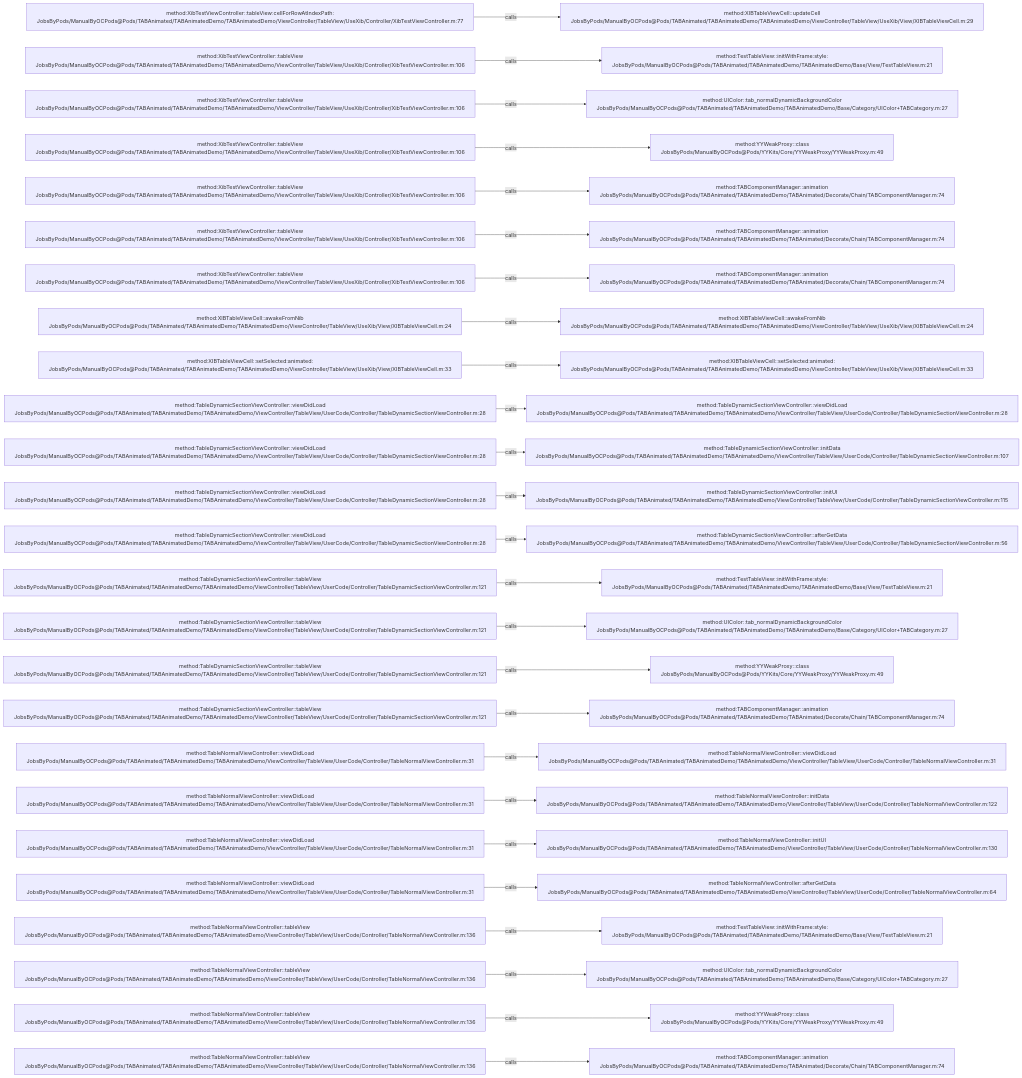
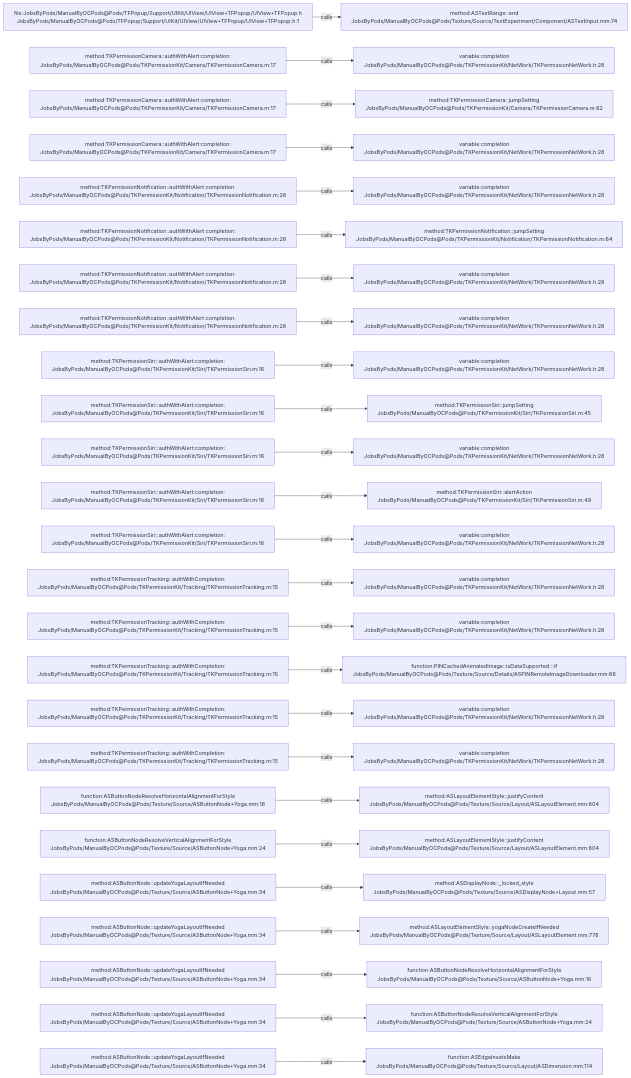
The diagram in .codegraph/codegraph.md/graphs/calls-072.md (JobsKits/JobsOCBaseConfigDemo), drawn with Mermaid before and after one commit. The commit also changed 1223 other files, not shown here.

````diff
--- a/.codegraph/codegraph.md/graphs/calls-072.md
+++ b/.codegraph/codegraph.md/graphs/calls-072.md
@@ -13,78 +13,78 @@
 ```mermaid
 flowchart LR
-  S1["method:XibTestViewController::tableView:cellForRowAtIndexPath:<br/>JobsByPods/ManualByOCPods@Pods/TABAnimated/TABAnimatedDemo/TABAnimatedDemo/ViewController/TableView/UseXib/Controller/XibTestViewController.m:77"]
-  T1["method:XIBTableViewCell::updateCell<br/>JobsByPods/ManualByOCPods@Pods/TABAnimated/TABAnimatedDemo/TABAnimatedDemo/ViewController/TableView/UseXib/View/XIBTableViewCell.m:29"]
+  S1["file:JobsByPods/ManualByOCPods@Pods/TFPopup/Support/UIKit/UIView/UIView+TFPopup/UIView+TFPopup.h<br/>JobsByPods/ManualByOCPods@Pods/TFPopup/Support/UIKit/UIView/UIView+TFPopup/UIView+TFPopup.h:1"]
+  T1["method:ASTextRange::end<br/>JobsByPods/ManualByOCPods@Pods/Texture/Source/TextExperiment/Component/ASTextInput.mm:74"]
   S1 -->|calls| T1
-  S2["method:XibTestViewController::tableView<br/>JobsByPods/ManualByOCPods@Pods/TABAnimated/TABAnimatedDemo/TABAnimatedDemo/ViewController/TableView/UseXib/Controller/XibTestViewController.m:106"]
-  T2["method:TestTableView::initWithFrame:style:<br/>JobsByPods/ManualByOCPods@Pods/TABAnimated/TABAnimatedDemo/TABAnimatedDemo/Base/View/TestTableView.m:21"]
+  S2["method:TKPermissionCamera::authWithAlert:completion:<br/>JobsByPods/ManualByOCPods@Pods/TKPermissionKit/Camera/TKPermissionCamera.m:17"]
+  T2["variable:completion<br/>JobsByPods/ManualByOCPods@Pods/TKPermissionKit/NetWork/TKPermissionNetWork.h:28"]
   S2 -->|calls| T2
-  S3["method:XibTestViewController::tableView<br/>JobsByPods/ManualByOCPods@Pods/TABAnimated/TABAnimatedDemo/TABAnimatedDemo/ViewController/TableView/UseXib/Controller/XibTestViewController.m:106"]
-  T3["method:UIColor::tab_normalDynamicBackgroundColor<br/>JobsByPods/ManualByOCPods@Pods/TABAnimated/TABAnimatedDemo/TABAnimatedDemo/Base/Category/UIColor+TABCategory.m:27"]
+  S3["method:TKPermissionCamera::authWithAlert:completion:<br/>JobsByPods/ManualByOCPods@Pods/TKPermissionKit/Camera/TKPermissionCamera.m:17"]
+  T3["method:TKPermissionCamera::jumpSetting<br/>JobsByPods/ManualByOCPods@Pods/TKPermissionKit/Camera/TKPermissionCamera.m:62"]
   S3 -->|calls| T3
-  S4["method:XibTestViewController::tableView<br/>JobsByPods/ManualByOCPods@Pods/TABAnimated/TABAnimatedDemo/TABAnimatedDemo/ViewController/TableView/UseXib/Controller/XibTestViewController.m:106"]
-  T4["method:YYWeakProxy::class<br/>JobsByPods/ManualByOCPods@Pods/YYKits/Core/YYWeakProxy/YYWeakProxy.m:49"]
+  S4["method:TKPermissionCamera::authWithAlert:completion:<br/>JobsByPods/ManualByOCPods@Pods/TKPermissionKit/Camera/TKPermissionCamera.m:17"]
+  T4["variable:completion<br/>JobsByPods/ManualByOCPods@Pods/TKPermissionKit/NetWork/TKPermissionNetWork.h:28"]
   S4 -->|calls| T4
-  S5["method:XibTestViewController::tableView<br/>JobsByPods/ManualByOCPods@Pods/TABAnimated/TABAnimatedDemo/TABAnimatedDemo/ViewController/TableView/UseXib/Controller/XibTestViewController.m:106"]
-  T5["method:TABComponentManager::animation<br/>JobsByPods/ManualByOCPods@Pods/TABAnimated/TABAnimatedDemo/TABAnimated/Decorate/Chain/TABComponentManager.m:74"]
+  S5["method:TKPermissionNotification::authWithAlert:completion:<br/>JobsByPods/ManualByOCPods@Pods/TKPermissionKit/Notification/TKPermissionNotification.m:28"]
+  T5["variable:completion<br/>JobsByPods/ManualByOCPods@Pods/TKPermissionKit/NetWork/TKPermissionNetWork.h:28"]
   S5 -->|calls| T5
-  S6["method:XibTestViewController::tableView<br/>JobsByPods/ManualByOCPods@Pods/TABAnimated/TABAnimatedDemo/TABAnimatedDemo/ViewController/TableView/UseXib/Controller/XibTestViewController.m:106"]
-  T6["method:TABComponentManager::animation<br/>JobsByPods/ManualByOCPods@Pods/TABAnimated/TABAnimatedDemo/TABAnimated/Decorate/Chain/TABComponentManager.m:74"]
+  S6["method:TKPermissionNotification::authWithAlert:completion:<br/>JobsByPods/ManualByOCPods@Pods/TKPermissionKit/Notification/TKPermissionNotification.m:28"]
+  T6["method:TKPermissionNotification::jumpSetting<br/>JobsByPods/ManualByOCPods@Pods/TKPermissionKit/Notification/TKPermissionNotification.m:64"]
   S6 -->|calls| T6
-  S7["method:XibTestViewController::tableView<br/>JobsByPods/ManualByOCPods@Pods/TABAnimated/TABAnimatedDemo/TABAnimatedDemo/ViewController/TableView/UseXib/Controller/XibTestViewController.m:106"]
-  T7["method:TABComponentManager::animation<br/>JobsByPods/ManualByOCPods@Pods/TABAnimated/TABAnimatedDemo/TABAnimated/Decorate/Chain/TABComponentManager.m:74"]
+  S7["method:TKPermissionNotification::authWithAlert:completion:<br/>JobsByPods/ManualByOCPods@Pods/TKPermissionKit/Notification/TKPermissionNotification.m:28"]
+  T7["variable:completion<br/>JobsByPods/ManualByOCPods@Pods/TKPermissionKit/NetWork/TKPermissionNetWork.h:28"]
   S7 -->|calls| T7
-  S8["method:XIBTableViewCell::awakeFromNib<br/>JobsByPods/ManualByOCPods@Pods/TABAnimated/TABAnimatedDemo/TABAnimatedDemo/ViewController/TableView/UseXib/View/XIBTableViewCell.m:24"]
-  T8["method:XIBTableViewCell::awakeFromNib<br/>JobsByPods/ManualByOCPods@Pods/TABAnimated/TABAnimatedDemo/TABAnimatedDemo/ViewController/TableView/UseXib/View/XIBTableViewCell.m:24"]
+  S8["method:TKPermissionNotification::authWithAlert:completion:<br/>JobsByPods/ManualByOCPods@Pods/TKPermissionKit/Notification/TKPermissionNotification.m:28"]
+  T8["variable:completion<br/>JobsByPods/ManualByOCPods@Pods/TKPermissionKit/NetWork/TKPermissionNetWork.h:28"]
   S8 -->|calls| T8
-  S9["method:XIBTableViewCell::setSelected:animated:<br/>JobsByPods/ManualByOCPods@Pods/TABAnimated/TABAnimatedDemo/TABAnimatedDemo/ViewController/TableView/UseXib/View/XIBTableViewCell.m:33"]
-  T9["method:XIBTableViewCell::setSelected:animated:<br/>JobsByPods/ManualByOCPods@Pods/TABAnimated/TABAnimatedDemo/TABAnimatedDemo/ViewController/TableView/UseXib/View/XIBTableViewCell.m:33"]
+  S9["method:TKPermissionSiri::authWithAlert:completion:<br/>JobsByPods/ManualByOCPods@Pods/TKPermissionKit/Siri/TKPermissionSiri.m:16"]
+  T9["variable:completion<br/>JobsByPods/ManualByOCPods@Pods/TKPermissionKit/NetWork/TKPermissionNetWork.h:28"]
   S9 -->|calls| T9
-  S10["method:TableDynamicSectionViewController::viewDidLoad<br/>JobsByPods/ManualByOCPods@Pods/TABAnimated/TABAnimatedDemo/TABAnimatedDemo/ViewController/TableView/UserCode/Controller/TableDynamicSectionViewController.m:28"]
-  T10["method:TableDynamicSectionViewController::viewDidLoad<br/>JobsByPods/ManualByOCPods@Pods/TABAnimated/TABAnimatedDemo/TABAnimatedDemo/ViewController/TableView/UserCode/Controller/TableDynamicSectionViewController.m:28"]
+  S10["method:TKPermissionSiri::authWithAlert:completion:<br/>JobsByPods/ManualByOCPods@Pods/TKPermissionKit/Siri/TKPermissionSiri.m:16"]
+  T10["method:TKPermissionSiri::jumpSetting<br/>JobsByPods/ManualByOCPods@Pods/TKPermissionKit/Siri/TKPermissionSiri.m:45"]
   S10 -->|calls| T10
-  S11["method:TableDynamicSectionViewController::viewDidLoad<br/>JobsByPods/ManualByOCPods@Pods/TABAnimated/TABAnimatedDemo/TABAnimatedDemo/ViewController/TableView/UserCode/Controller/TableDynamicSectionViewController.m:28"]
-  T11["method:TableDynamicSectionViewController::initData<br/>JobsByPods/ManualByOCPods@Pods/TABAnimated/TABAnimatedDemo/TABAnimatedDemo/ViewController/TableView/UserCode/Controller/TableDynamicSectionViewController.m:107"]
+  S11["method:TKPermissionSiri::authWithAlert:completion:<br/>JobsByPods/ManualByOCPods@Pods/TKPermissionKit/Siri/TKPermissionSiri.m:16"]
+  T11["variable:completion<br/>JobsByPods/ManualByOCPods@Pods/TKPermissionKit/NetWork/TKPermissionNetWork.h:28"]
   S11 -->|calls| T11
-  S12["method:TableDynamicSectionViewController::viewDidLoad<br/>JobsByPods/ManualByOCPods@Pods/TABAnimated/TABAnimatedDemo/TABAnimatedDemo/ViewController/TableView/UserCode/Controller/TableDynamicSectionViewController.m:28"]
-  T12["method:TableDynamicSectionViewController::initUI<br/>JobsByPods/ManualByOCPods@Pods/TABAnimated/TABAnimatedDemo/TABAnimatedDemo/ViewController/TableView/UserCode/Controller/TableDynamicSectionViewController.m:115"]
+  S12["method:TKPermissionSiri::authWithAlert:completion:<br/>JobsByPods/ManualByOCPods@Pods/TKPermissionKit/Siri/TKPermissionSiri.m:16"]
+  T12["method:TKPermissionSiri::alertAction<br/>JobsByPods/ManualByOCPods@Pods/TKPermissionKit/Siri/TKPermissionSiri.m:49"]
   S12 -->|calls| T12
-  S13["method:TableDynamicSectionViewController::viewDidLoad<br/>JobsByPods/ManualByOCPods@Pods/TABAnimated/TABAnimatedDemo/TABAnimatedDemo/ViewController/TableView/UserCode/Controller/TableDynamicSectionViewController.m:28"]
-  T13["method:TableDynamicSectionViewController::afterGetData<br/>JobsByPods/ManualByOCPods@Pods/TABAnimated/TABAnimatedDemo/TABAnimatedDemo/ViewController/TableView/UserCode/Controller/TableDynamicSectionViewController.m:56"]
+  S13["method:TKPermissionSiri::authWithAlert:completion:<br/>JobsByPods/ManualByOCPods@Pods/TKPermissionKit/Siri/TKPermissionSiri.m:16"]
+  T13["variable:completion<br/>JobsByPods/ManualByOCPods@Pods/TKPermissionKit/NetWork/TKPermissionNetWork.h:28"]
   S13 -->|calls| T13
-  S14["method:TableDynamicSectionViewController::tableView<br/>JobsByPods/ManualByOCPods@Pods/TABAnimated/TABAnimatedDemo/TABAnimatedDemo/ViewController/TableView/UserCode/Controller/TableDynamicSectionViewController.m:121"]
-  T14["method:TestTableView::initWithFrame:style:<br/>JobsByPods/ManualByOCPods@Pods/TABAnimated/TABAnimatedDemo/TABAnimatedDemo/Base/View/TestTableView.m:21"]
+  S14["method:TKPermissionTracking::authWithCompletion:<br/>JobsByPods/ManualByOCPods@Pods/TKPermissionKit/Tracking/TKPermissionTracking.m:15"]
+  T14["variable:completion<br/>JobsByPods/ManualByOCPods@Pods/TKPermissionKit/NetWork/TKPermissionNetWork.h:28"]
   S14 -->|calls| T14
-  S15["method:TableDynamicSectionViewController::tableView<br/>JobsByPods/ManualByOCPods@Pods/TABAnimated/TABAnimatedDemo/TABAnimatedDemo/ViewController/TableView/UserCode/Controller/TableDynamicSectionViewController.m:121"]
-  T15["method:UIColor::tab_normalDynamicBackgroundColor<br/>JobsByPods/ManualByOCPods@Pods/TABAnimated/TABAnimatedDemo/TABAnimatedDemo/Base/Category/UIColor+TABCategory.m:27"]
+  S15["method:TKPermissionTracking::authWithCompletion:<br/>JobsByPods/ManualByOCPods@Pods/TKPermissionKit/Tracking/TKPermissionTracking.m:15"]
+  T15["variable:completion<br/>JobsByPods/ManualByOCPods@Pods/TKPermissionKit/NetWork/TKPermissionNetWork.h:28"]
   S15 -->|calls| T15
-  S16["method:TableDynamicSectionViewController::tableView<br/>JobsByPods/ManualByOCPods@Pods/TABAnimated/TABAnimatedDemo/TABAnimatedDemo/ViewController/TableView/UserCode/Controller/TableDynamicSectionViewController.m:121"]
-  T16["method:YYWeakProxy::class<br/>JobsByPods/ManualByOCPods@Pods/YYKits/Core/YYWeakProxy/YYWeakProxy.m:49"]
+  S16["method:TKPermissionTracking::authWithCompletion:<br/>JobsByPods/ManualByOCPods@Pods/TKPermissionKit/Tracking/TKPermissionTracking.m:15"]
+  T16["function:PINCachedAnimatedImage::isDataSupported:::if<br/>JobsByPods/ManualByOCPods@Pods/Texture/Source/Details/ASPINRemoteImageDownloader.mm:66"]
   S16 -->|calls| T16
-  S17["method:TableDynamicSectionViewController::tableView<br/>JobsByPods/ManualByOCPods@Pods/TABAnimated/TABAnimatedDemo/TABAnimatedDemo/ViewController/TableView/UserCode/Controller/TableDynamicSectionViewController.m:121"]
-  T17["method:TABComponentManager::animation<br/>JobsByPods/ManualByOCPods@Pods/TABAnimated/TABAnimatedDemo/TABAnimated/Decorate/Chain/TABComponentManager.m:74"]
+  S17["method:TKPermissionTracking::authWithCompletion:<br/>JobsByPods/ManualByOCPods@Pods/TKPermissionKit/Tracking/TKPermissionTracking.m:15"]
+  T17["variable:completion<br/>JobsByPods/ManualByOCPods@Pods/TKPermissionKit/NetWork/TKPermissionNetWork.h:28"]
   S17 -->|calls| T17
-  S18["method:TableNormalViewController::viewDidLoad<br/>JobsByPods/ManualByOCPods@Pods/TABAnimated/TABAnimatedDemo/TABAnimatedDemo/ViewController/TableView/UserCode/Controller/TableNormalViewController.m:31"]
-  T18["method:TableNormalViewController::viewDidLoad<br/>JobsByPods/ManualByOCPods@Pods/TABAnimated/TABAnimatedDemo/TABAnimatedDemo/ViewController/TableView/UserCode/Controller/TableNormalViewController.m:31"]
+  S18["method:TKPermissionTracking::authWithCompletion:<br/>JobsByPods/ManualByOCPods@Pods/TKPermissionKit/Tracking/TKPermissionTracking.m:15"]
+  T18["variable:completion<br/>JobsByPods/ManualByOCPods@Pods/TKPermissionKit/NetWork/TKPermissionNetWork.h:28"]
   S18 -->|calls| T18
-  S19["method:TableNormalViewController::viewDidLoad<br/>JobsByPods/ManualByOCPods@Pods/TABAnimated/TABAnimatedDemo/TABAnimatedDemo/ViewController/TableView/UserCode/Controller/TableNormalViewController.m:31"]
-  T19["method:TableNormalViewController::initData<br/>JobsByPods/ManualByOCPods@Pods/TABAnimated/TABAnimatedDemo/TABAnimatedDemo/ViewController/TableView/UserCode/Controller/TableNormalViewController.m:122"]
+  S19["function:ASButtonNodeResolveHorizontalAlignmentForStyle<br/>JobsByPods/ManualByOCPods@Pods/Texture/Source/ASButtonNode+Yoga.mm:16"]
+  T19["method:ASLayoutElementStyle::justifyContent<br/>JobsByPods/ManualByOCPods@Pods/Texture/Source/Layout/ASLayoutElement.mm:804"]
   S19 -->|calls| T19
-  S20["method:TableNormalViewController::viewDidLoad<br/>JobsByPods/ManualByOCPods@Pods/TABAnimated/TABAnimatedDemo/TABAnimatedDemo/ViewController/TableView/UserCode/Controller/TableNormalViewController.m:31"]
-  T20["method:TableNormalViewController::initUI<br/>JobsByPods/ManualByOCPods@Pods/TABAnimated/TABAnimatedDemo/TABAnimatedDemo/ViewController/TableView/UserCode/Controller/TableNormalViewController.m:130"]
+  S20["function:ASButtonNodeResolveVerticalAlignmentForStyle<br/>JobsByPods/ManualByOCPods@Pods/Texture/Source/ASButtonNode+Yoga.mm:24"]
+  T20["method:ASLayoutElementStyle::justifyContent<br/>JobsByPods/ManualByOCPods@Pods/Texture/Source/Layout/ASLayoutElement.mm:804"]
   S20 -->|calls| T20
-  S21["method:TableNormalViewController::viewDidLoad<br/>JobsByPods/ManualByOCPods@Pods/TABAnimated/TABAnimatedDemo/TABAnimatedDemo/ViewController/TableView/UserCode/Controller/TableNormalViewController.m:31"]
-  T21["method:TableNormalViewController::afterGetData<br/>JobsByPods/ManualByOCPods@Pods/TABAnimated/TABAnimatedDemo/TABAnimatedDemo/ViewController/TableView/UserCode/Controller/TableNormalViewController.m:64"]
+  S21["method:ASButtonNode::updateYogaLayoutIfNeeded<br/>JobsByPods/ManualByOCPods@Pods/Texture/Source/ASButtonNode+Yoga.mm:34"]
+  T21["method:ASDisplayNode::_locked_style<br/>JobsByPods/ManualByOCPods@Pods/Texture/Source/ASDisplayNode+Layout.mm:57"]
   S21 -->|calls| T21
-  S22["method:TableNormalViewController::tableView<br/>JobsByPods/ManualByOCPods@Pods/TABAnimated/TABAnimatedDemo/TABAnimatedDemo/ViewController/TableView/UserCode/Controller/TableNormalViewController.m:136"]
-  T22["method:TestTableView::initWithFrame:style:<br/>JobsByPods/ManualByOCPods@Pods/TABAnimated/TABAnimatedDemo/TABAnimatedDemo/Base/View/TestTableView.m:21"]
+  S22["method:ASButtonNode::updateYogaLayoutIfNeeded<br/>JobsByPods/ManualByOCPods@Pods/Texture/Source/ASButtonNode+Yoga.mm:34"]
+  T22["method:ASLayoutElementStyle::yogaNodeCreateIfNeeded<br/>JobsByPods/ManualByOCPods@Pods/Texture/Source/Layout/ASLayoutElement.mm:778"]
   S22 -->|calls| T22
-  S23["method:TableNormalViewController::tableView<br/>JobsByPods/ManualByOCPods@Pods/TABAnimated/TABAnimatedDemo/TABAnimatedDemo/ViewController/TableView/UserCode/Controller/TableNormalViewController.m:136"]
-  T23["method:UIColor::tab_normalDynamicBackgroundColor<br/>JobsByPods/ManualByOCPods@Pods/TABAnimated/TABAnimatedDemo/TABAnimatedDemo/Base/Category/UIColor+TABCategory.m:27"]
+  S23["method:ASButtonNode::updateYogaLayoutIfNeeded<br/>JobsByPods/ManualByOCPods@Pods/Texture/Source/ASButtonNode+Yoga.mm:34"]
+  T23["function:ASButtonNodeResolveHorizontalAlignmentForStyle<br/>JobsByPods/ManualByOCPods@Pods/Texture/Source/ASButtonNode+Yoga.mm:16"]
   S23 -->|calls| T23
-  S24["method:TableNormalViewController::tableView<br/>JobsByPods/ManualByOCPods@Pods/TABAnimated/TABAnimatedDemo/TABAnimatedDemo/ViewController/TableView/UserCode/Controller/TableNormalViewController.m:136"]
-  T24["method:YYWeakProxy::class<br/>JobsByPods/ManualByOCPods@Pods/YYKits/Core/YYWeakProxy/YYWeakProxy.m:49"]
+  S24["method:ASButtonNode::updateYogaLayoutIfNeeded<br/>JobsByPods/ManualByOCPods@Pods/Texture/Source/ASButtonNode+Yoga.mm:34"]
+  T24["function:ASButtonNodeResolveVerticalAlignmentForStyle<br/>JobsByPods/ManualByOCPods@Pods/Texture/Source/ASButtonNode+Yoga.mm:24"]
   S24 -->|calls| T24
-  S25["method:TableNormalViewController::tableView<br/>JobsByPods/ManualByOCPods@Pods/TABAnimated/TABAnimatedDemo/TABAnimatedDemo/ViewController/TableView/UserCode/Controller/TableNormalViewController.m:136"]
-  T25["method:TABComponentManager::animation<br/>JobsByPods/ManualByOCPods@Pods/TABAnimated/TABAnimatedDemo/TABAnimated/Decorate/Chain/TABComponentManager.m:74"]
+  S25["method:ASButtonNode::updateYogaLayoutIfNeeded<br/>JobsByPods/ManualByOCPods@Pods/Texture/Source/ASButtonNode+Yoga.mm:34"]
+  T25["function:ASEdgeInsetsMake<br/>JobsByPods/ManualByOCPods@Pods/Texture/Source/Layout/ASDimension.mm:114"]
   S25 -->|calls| T25
 ```
````
